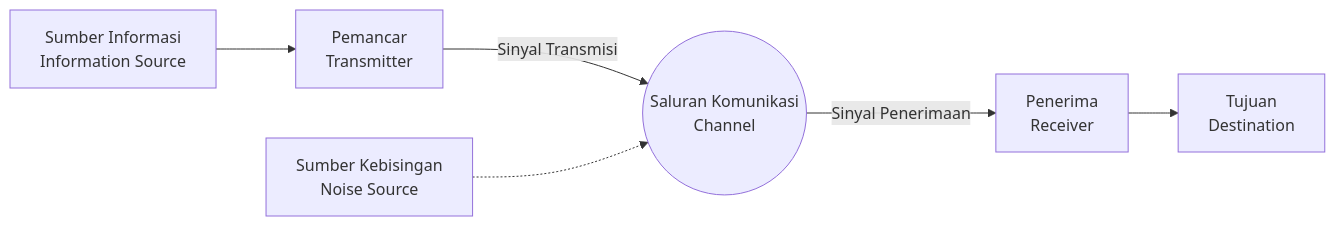
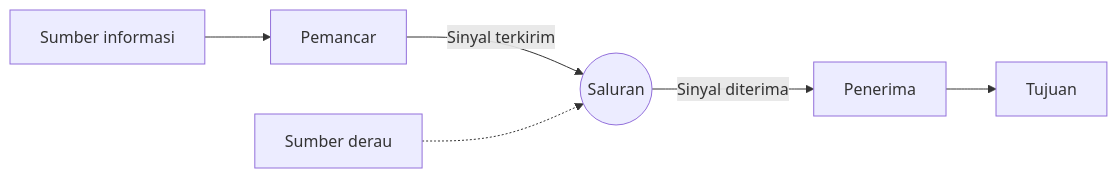
One commit to kenjinote/blog changed the diagram in content/post/information-theory-shannon-entropy/index.id.md. Above: the diagram before and after it, drawn with Mermaid. The commit also changed other lines of this file and 9 other files, not shown here.

````diff
--- a/content/post/information-theory-shannon-entropy/index.id.md
+++ b/content/post/information-theory-shannon-entropy/index.id.md
@@ -28,8 +29,8 @@
 ```mermaid
 graph LR
-    A["Sumber Informasi<br>Information Source"] --> B["Pemancar<br>Transmitter"]
-    B -->|"Sinyal Transmisi"| C(("Saluran Komunikasi<br>Channel"))
-    C -->|"Sinyal Penerimaan"| D["Penerima<br>Receiver"]
-    D --> E["Tujuan<br>Destination"]
-    N["Sumber Kebisingan<br>Noise Source"] -.-> C
+    A["Sumber informasi"] --> B["Pemancar"]
+    B -->|"Sinyal terkirim"| C(("Saluran"))
+    C -->|"Sinyal diterima"| D["Penerima"]
+    D --> E["Tujuan"]
+    N["Sumber derau"] -.-> C
 ```
````
